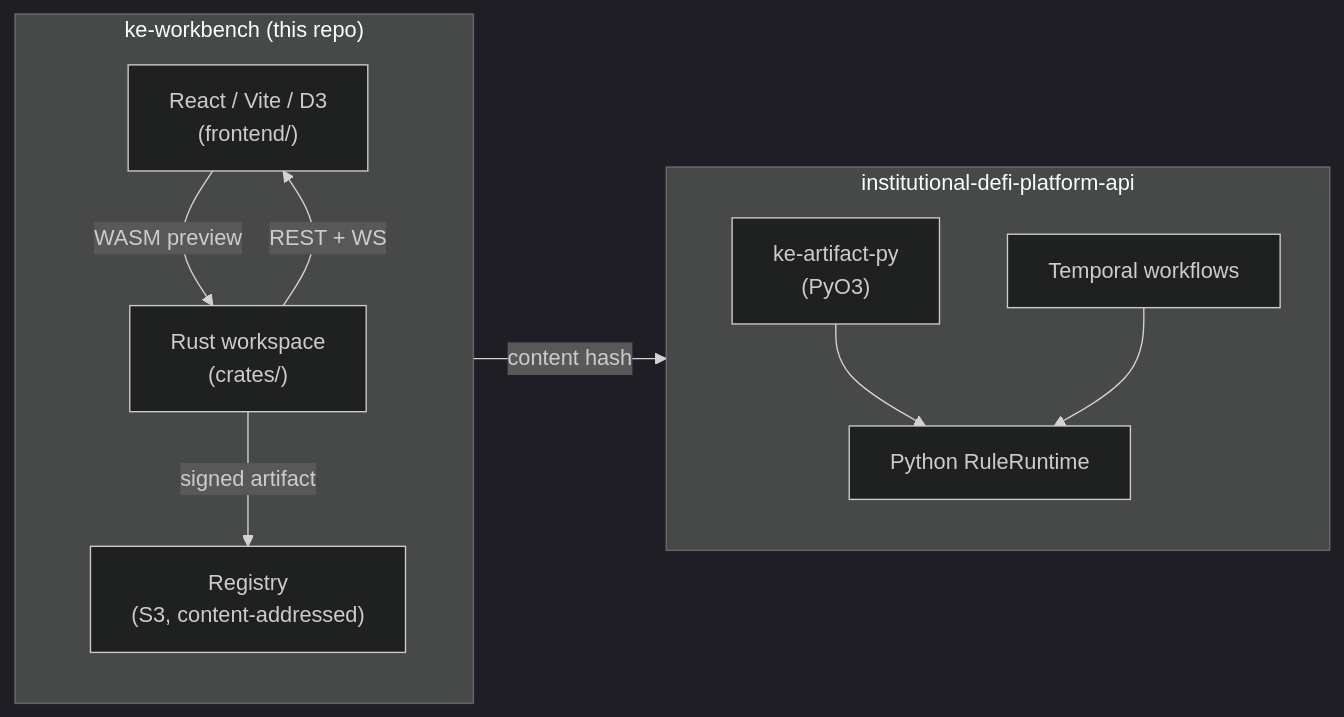
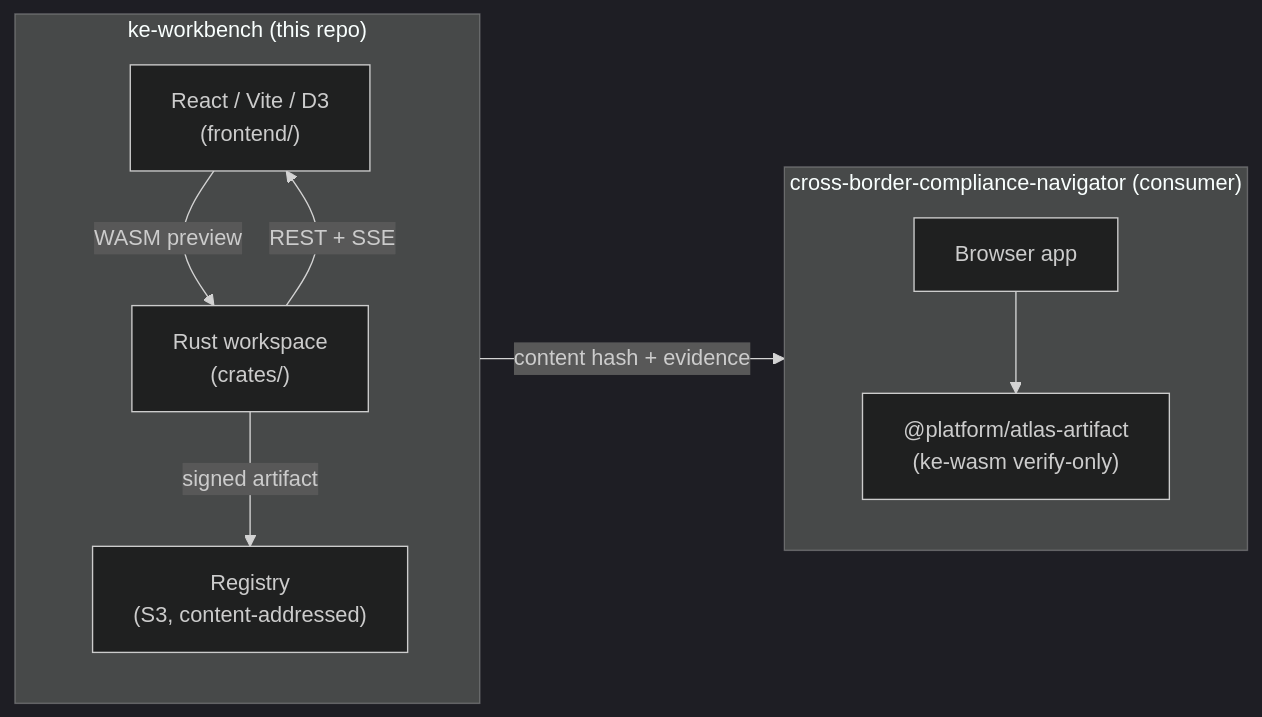
Before and after one commit to hossainpazooki/regulatory-rule-engine: the diagram in README.md, drawn with Mermaid (dark theme). The commit also changed other lines of this file and 2 other files, not shown here.

````diff
--- a/README.md
+++ b/README.md
@@ -62,22 +65,20 @@
 ```mermaid
 flowchart LR
   subgraph KW["ke-workbench (this repo)"]
     direction TB
     Frontend["React / Vite / D3<br/>(frontend/)"]
     Rust["Rust workspace<br/>(crates/)"]
     Frontend -->|WASM preview| Rust
-    Rust -->|REST + WS| Frontend
+    Rust -->|REST + SSE| Frontend
     Rust -->|signed artifact| Registry["Registry<br/>(S3, content-addressed)"]
   end
 
-  subgraph Platform["institutional-defi-platform-api"]
+  subgraph COMPASS["cross-border-compliance-navigator (consumer)"]
     direction TB
-    RuleRuntime["Python RuleRuntime"]
-    Temporal["Temporal workflows"]
-    PyBinding["ke-artifact-py<br/>(PyO3)"]
-    PyBinding --> RuleRuntime
-    Temporal --> RuleRuntime
+    Browser["Browser app"]
+    WasmVerify["@platform/atlas-artifact<br/>(ke-wasm verify-only)"]
+    Browser --> WasmVerify
   end
 
-  Registry -->|content hash| PyBinding
+  Registry -->|content hash + evidence| WasmVerify
 ```
````
